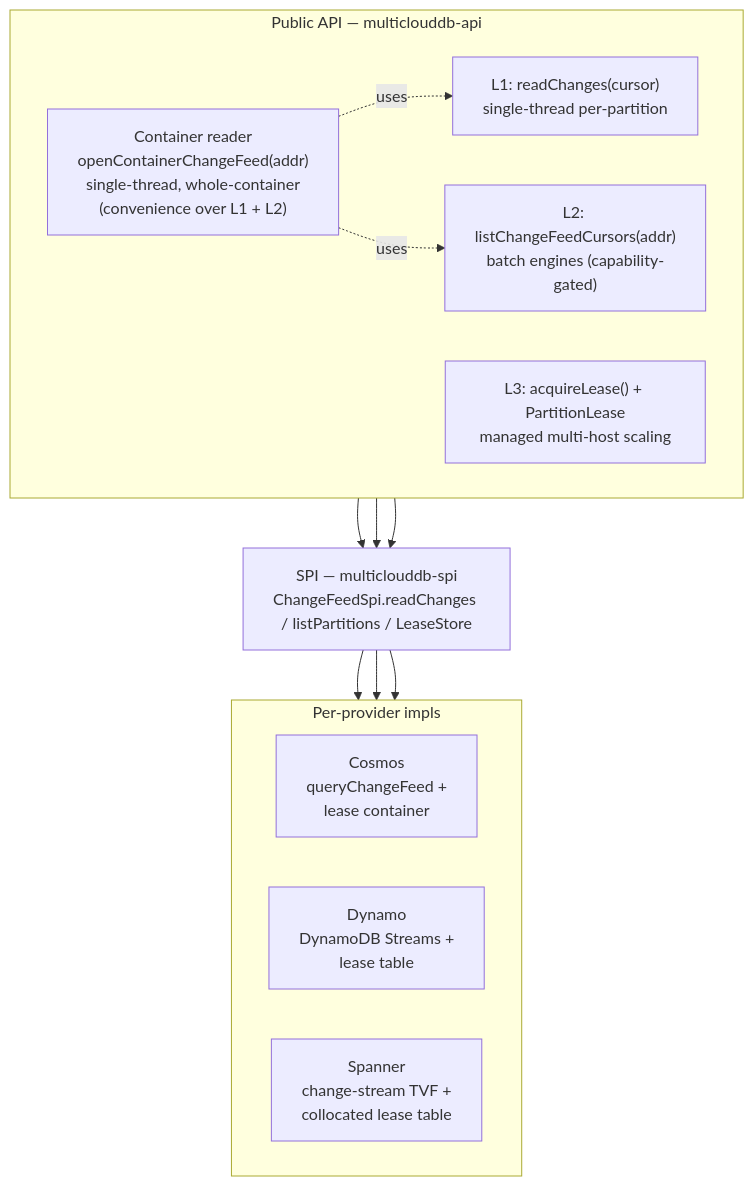
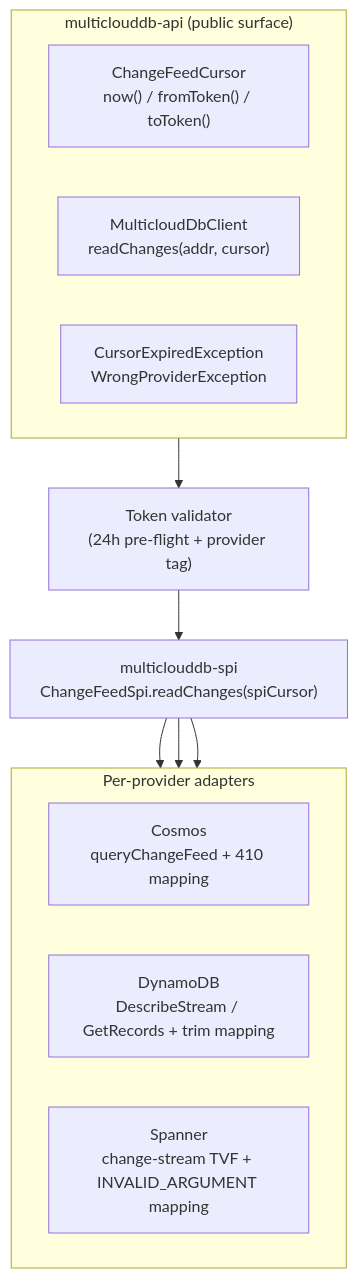
The second of 3 diagrams in docs/research/scalable-change-feed-api.md (allenkim0129/multiclouddb-sdk-for-java), drawn with Mermaid before and after one commit. The commit also changed other lines of this file, not shown here.

````diff
--- a/docs/research/scalable-change-feed-api.md
+++ b/docs/research/scalable-change-feed-api.md
@@ -133,25 +257,22 @@
 ```mermaid
 flowchart TB
-    subgraph PUB["Public API — multiclouddb-api"]
+    subgraph PUB["multiclouddb-api (public surface)"]
         direction LR
-        CR["Container reader<br/>openContainerChangeFeed(addr)<br/>single-thread, whole-container<br/>(convenience over L1 + L2)"]
-        L1["L1: readChanges(cursor)<br/>single-thread per-partition"]
-        L2["L2: listChangeFeedCursors(addr)<br/>batch engines (capability-gated)"]
-        L3["L3: acquireLease() + PartitionLease<br/>managed multi-host scaling"]
+        Cur["ChangeFeedCursor<br/>now() / fromToken() / toToken()"]
+        Cli["MulticloudDbClient<br/>readChanges(addr, cursor)"]
+        Exn["CursorExpiredException<br/>WrongProviderException"]
     end
-    SPI["SPI — multiclouddb-spi<br/>ChangeFeedSpi.readChanges / listPartitions / LeaseStore"]
-    subgraph IMPL["Per-provider impls"]
+    Val["Token validator<br/>(24h pre-flight + provider tag)"]
+    SPI["multiclouddb-spi<br/>ChangeFeedSpi.readChanges(spiCursor)"]
+    subgraph IMPL["Per-provider adapters"]
         direction LR
-        Cos["Cosmos<br/>queryChangeFeed +<br/>lease container"]
-        Dyn["Dynamo<br/>DynamoDB Streams +<br/>lease table"]
-        Spa["Spanner<br/>change-stream TVF +<br/>collocated lease table"]
+        Cos["Cosmos<br/>queryChangeFeed + 410 mapping"]
+        Dyn["DynamoDB<br/>DescribeStream / GetRecords + trim mapping"]
+        Spa["Spanner<br/>change-stream TVF + INVALID_ARGUMENT mapping"]
     end
-    CR -.->|uses| L1
-    CR -.->|uses| L2
-    L1 --> SPI
-    L2 --> SPI
-    L3 --> SPI
+    Cli --> Val
+    Val --> SPI
     SPI --> Cos
     SPI --> Dyn
     SPI --> Spa
 ```
````
